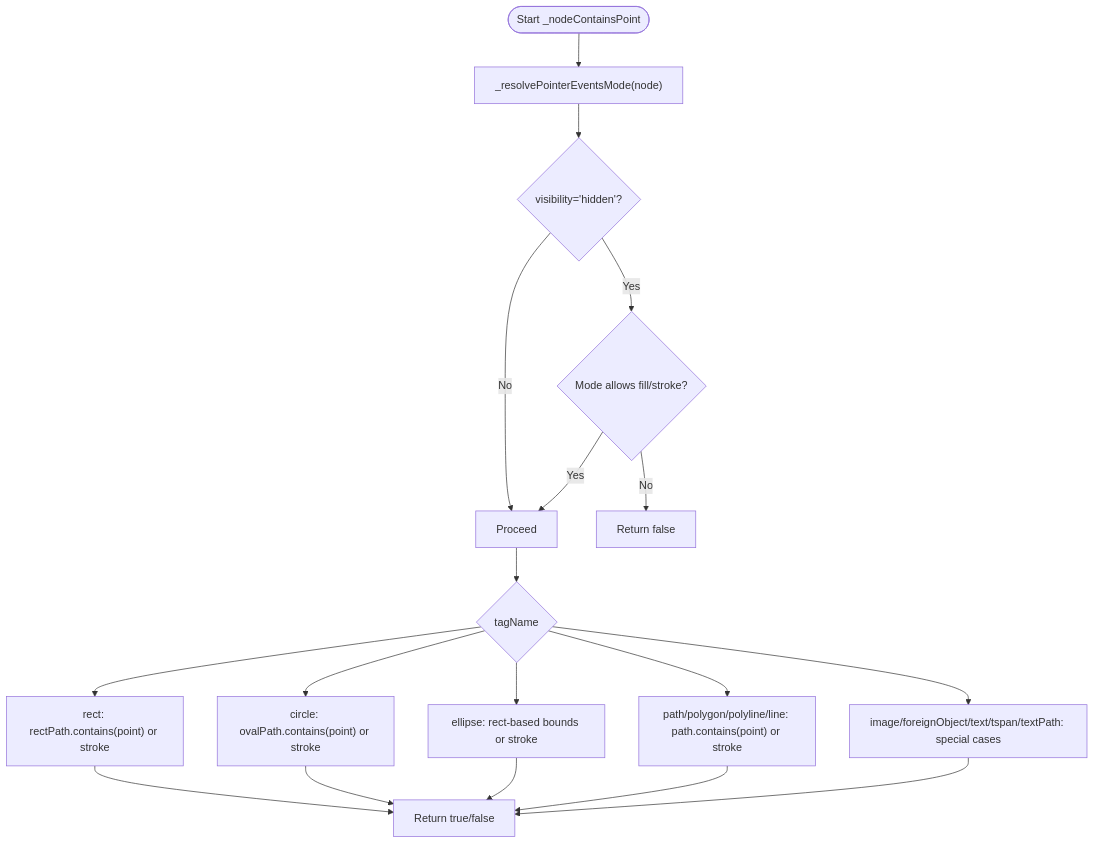
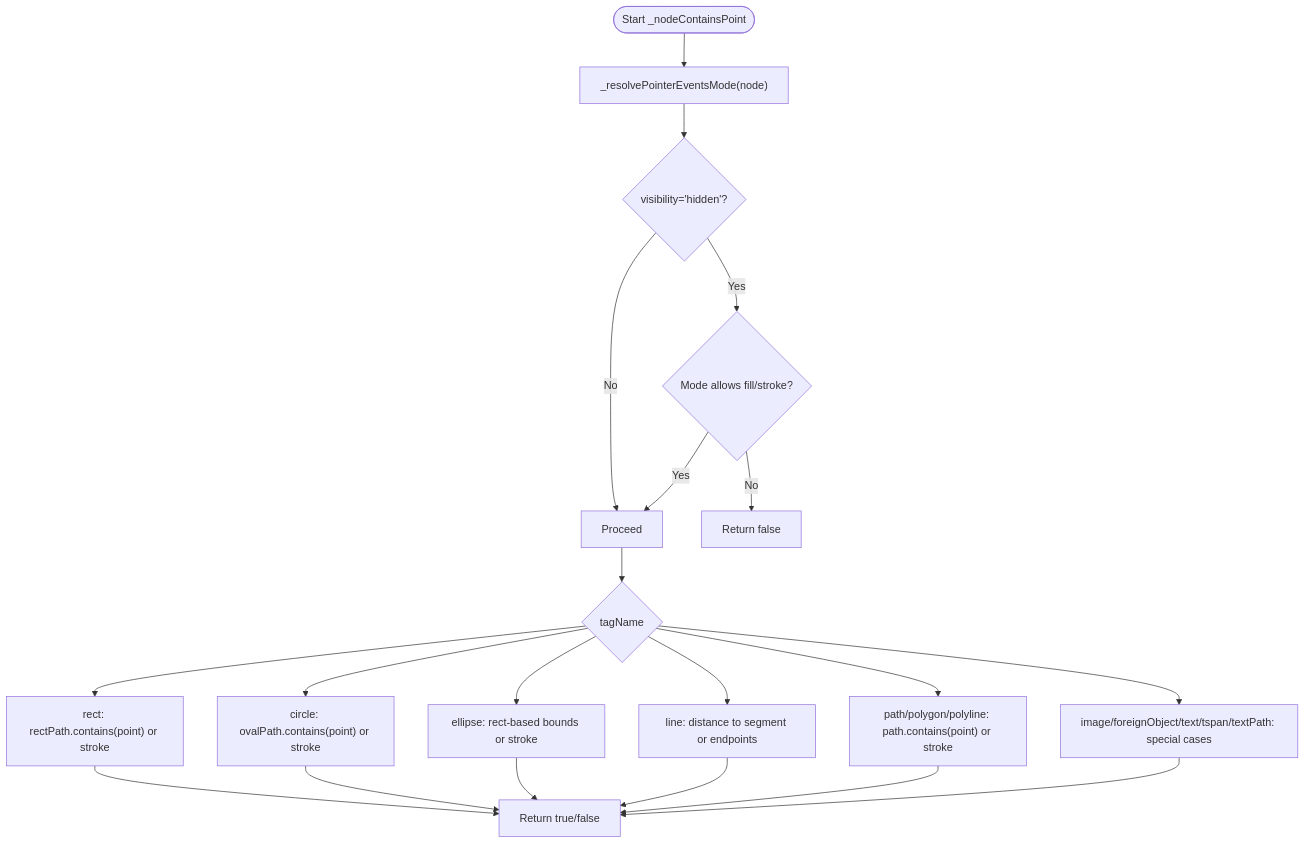
The fifth of 10 diagrams in .qoder/repowiki/en/content/Advanced Features/Interactive SVG Elements.md (denisnadey/flutter_full_svg_support), drawn with Mermaid before and after one commit. The commit also changed other lines of this file and 40 other files, not shown here.

````diff
--- a/.qoder/repowiki/en/content/Advanced Features/Interactive SVG Elements.md
+++ b/.qoder/repowiki/en/content/Advanced Features/Interactive SVG Elements.md
@@ -208,20 +255,22 @@
 ```mermaid
 flowchart TD
 StartGeom(["Start _nodeContainsPoint"]) --> GetMode["_resolvePointerEventsMode(node)"]
 GetMode --> Hidden{"visibility='hidden'?"}
 Hidden --> |Yes| FillAllowed{"Mode allows fill/stroke?"}
 Hidden --> |No| Proceed["Proceed"]
 FillAllowed --> |No| ReturnFalse["Return false"]
 FillAllowed --> |Yes| Proceed
 Proceed --> Shape{"tagName"}
 Shape --> Rect["rect: rectPath.contains(point) or stroke"]
 Shape --> Circle["circle: ovalPath.contains(point) or stroke"]
 Shape --> Ellipse["ellipse: rect-based bounds or stroke"]
-Shape --> PathPoly["path/polygon/polyline/line: path.contains(point) or stroke"]
+Shape --> Line["line: distance to segment or endpoints"]
+Shape --> PathPoly["path/polygon/polyline: path.contains(point) or stroke"]
 Shape --> ImageText["image/foreignObject/text/tspan/textPath: special cases"]
 Rect --> ReturnBool["Return true/false"]
 Circle --> ReturnBool
 Ellipse --> ReturnBool
+Line --> ReturnBool
 PathPoly --> ReturnBool
 ImageText --> ReturnBool
 ```
````
